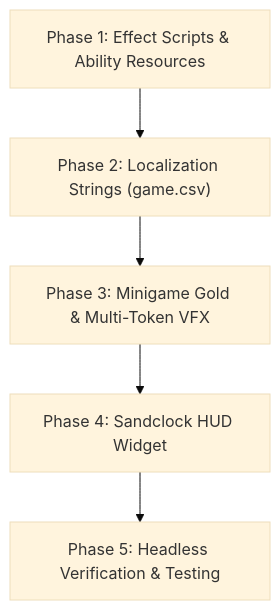
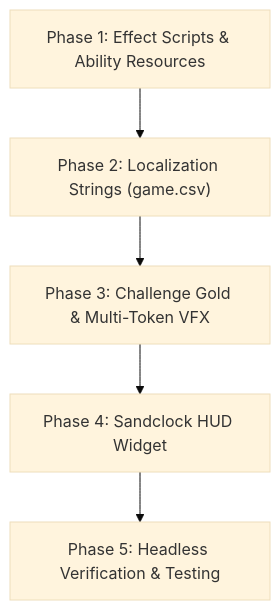
Before and after one commit to OVagamundo/Flashcard-Heroes: the diagram in docs/Novice_Mechanics_and_Minigame_Refactor_Plan.md, drawn with Mermaid (base theme). The commit also changed other lines of this file and 1294 other files, not shown here.

````diff
--- a/docs/Novice_Mechanics_and_Minigame_Refactor_Plan.md
+++ b/docs/Novice_Mechanics_and_Minigame_Refactor_Plan.md
@@ -111,7 +111,7 @@
 ```mermaid
 flowchart TD
     A["Phase 1: Effect Scripts & Ability Resources"] --> B["Phase 2: Localization Strings (game.csv)"]
-    B --> C["Phase 3: Minigame Gold & Multi-Token VFX"]
+    B --> C["Phase 3: Challenge Gold & Multi-Token VFX"]
     C --> D["Phase 4: Sandclock HUD Widget"]
     D --> E["Phase 5: Headless Verification & Testing"]
 ```
````
